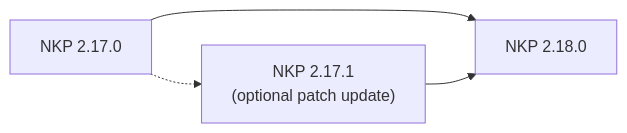
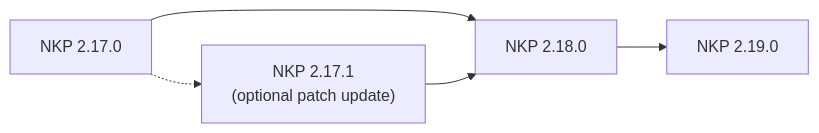
One commit to jlnhnng/nkp-field-docs changed the diagram in docs/upgrades/index.md. Above: the diagram before and after it, drawn with Mermaid. The commit also changed other lines of this file and 34 other files, not shown here.

````diff
--- a/docs/upgrades/index.md
+++ b/docs/upgrades/index.md
@@ -10,6 +11,7 @@
 ```mermaid
 flowchart LR
     a["NKP 2.17.0"] --> c["NKP 2.18.0"]
     a -.-> b["NKP 2.17.1<br/>(optional patch update)"]
     b --> c
+    c --> d["NKP 2.19.0"]
 ```
````
